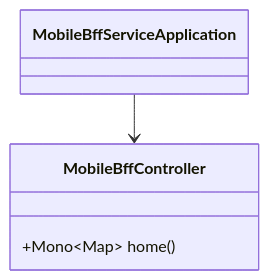
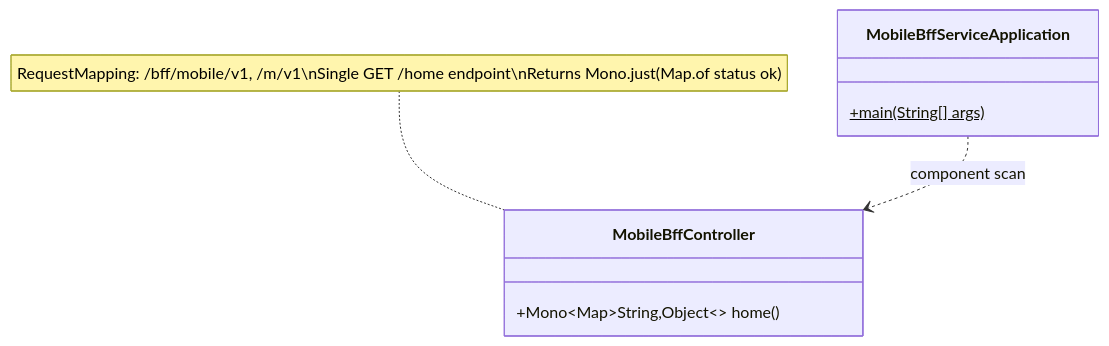
The third of 7 diagrams in services/mobile-bff-service/README.md (sunitakeazycommerz-a11y/InstaCommerce), drawn with Mermaid before and after one commit. The commit also changed other lines of this file and 554 other files, not shown here.

````diff
--- a/services/mobile-bff-service/README.md
+++ b/services/mobile-bff-service/README.md
@@ -44,9 +176,13 @@
 ```mermaid
 classDiagram
-    class MobileBffServiceApplication
+    class MobileBffServiceApplication {
+        +main(String[] args)$
+    }
     class MobileBffController {
-        +Mono~Map<String,Object>~ home()
+        +Mono~Map~String,Object~~ home()
     }
 
-    MobileBffServiceApplication --> MobileBffController
+    MobileBffServiceApplication ..> MobileBffController : component scan
+
+    note for MobileBffController "RequestMapping: /bff/mobile/v1, /m/v1\nSingle GET /home endpoint\nReturns Mono.just(Map.of status ok)"
 ```
````
